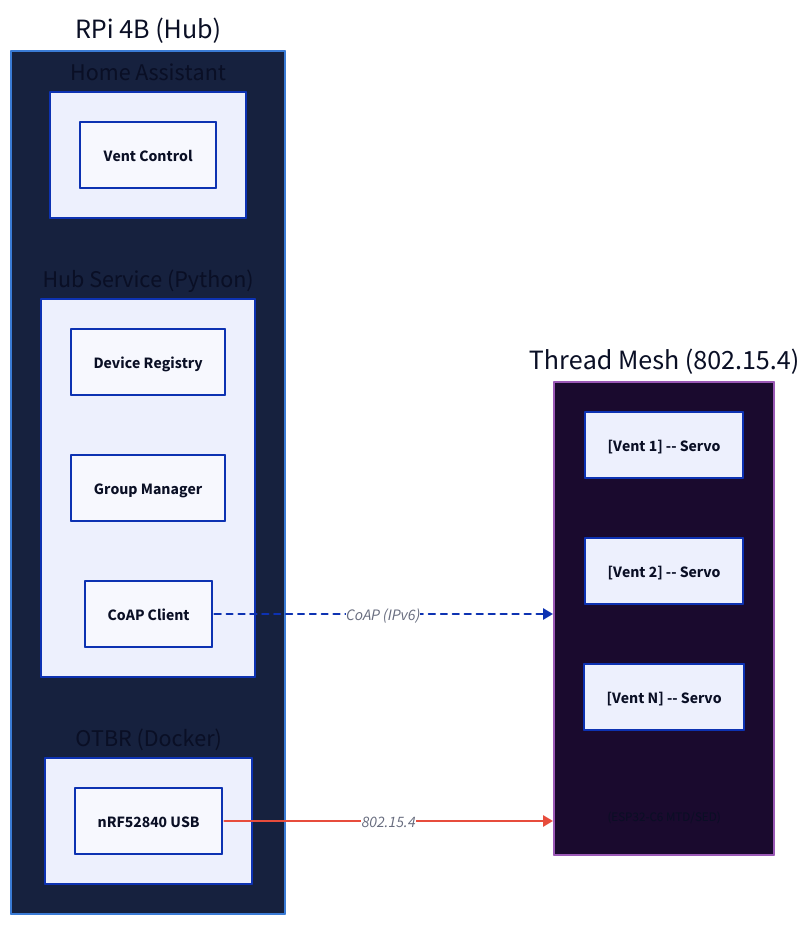
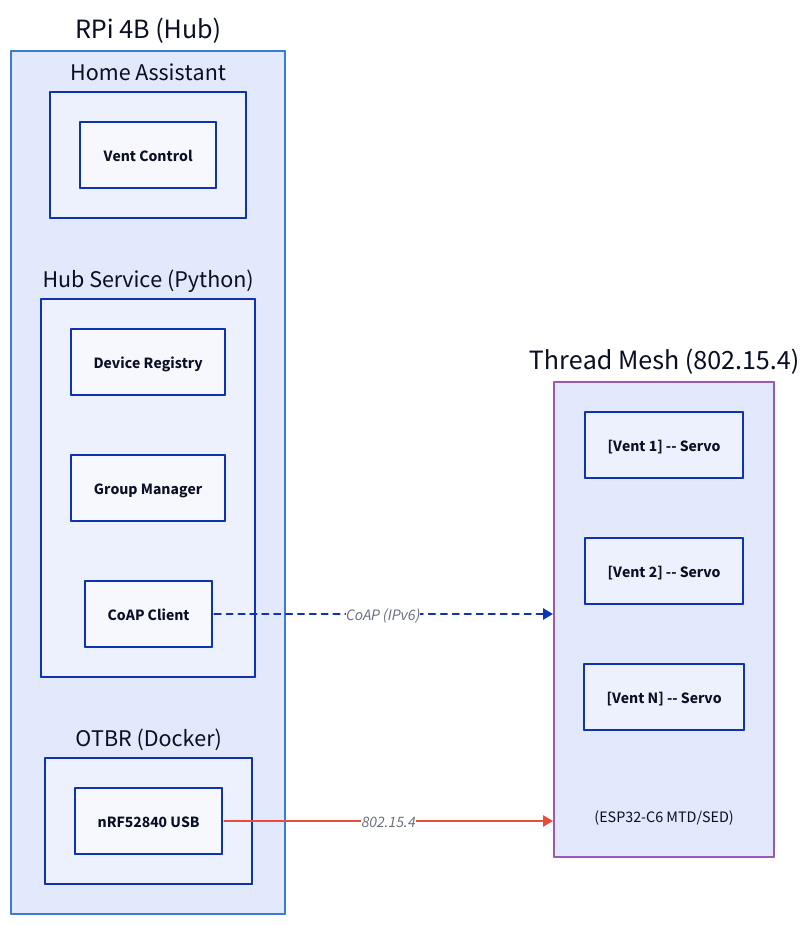
One commit to EtaCassiopeia/smart-vent changed the diagram in docs/diagrams/architecture-simple.d2. Above: the diagram before and after it, drawn with D2. The commit also changed 17 other files, not shown here.

First line of the commit message:
Fix text readability in D2 diagrams

```diff
--- a/docs/diagrams/architecture-simple.d2
+++ b/docs/diagrams/architecture-simple.d2
@@ -1,38 +1,35 @@
 direction: right
 
 hub: RPi 4B (Hub) {
-  style.fill: "#16213e"
   style.stroke: "#3a7bd5"
 
   ha: Home Assistant {
     vc: Vent Control
   }
   otbr: OTBR (Docker) {
     nrf: nRF52840 USB
   }
   service: Hub Service (Python) {
     registry: Device Registry
     gm: Group Manager
     coap: CoAP Client
   }
 }
 
 mesh: Thread Mesh (802.15.4) {
-  style.fill: "#1a0a2e"
   style.stroke: "#9b59b6"
 
   v1: "[Vent 1] -- Servo"
   v2: "[Vent 2] -- Servo"
   vn: "[Vent N] -- Servo"
   role: "(ESP32-C6 MTD/SED)" {
     shape: text
-    style.font-size: 13
   }
 }
 
 hub.service.coap -> mesh: "CoAP (IPv6)" {
   style.stroke-dash: 3
 }
 hub.otbr.nrf -> mesh: 802.15.4 {
   style.stroke: "#e74c3c"
 }
```
